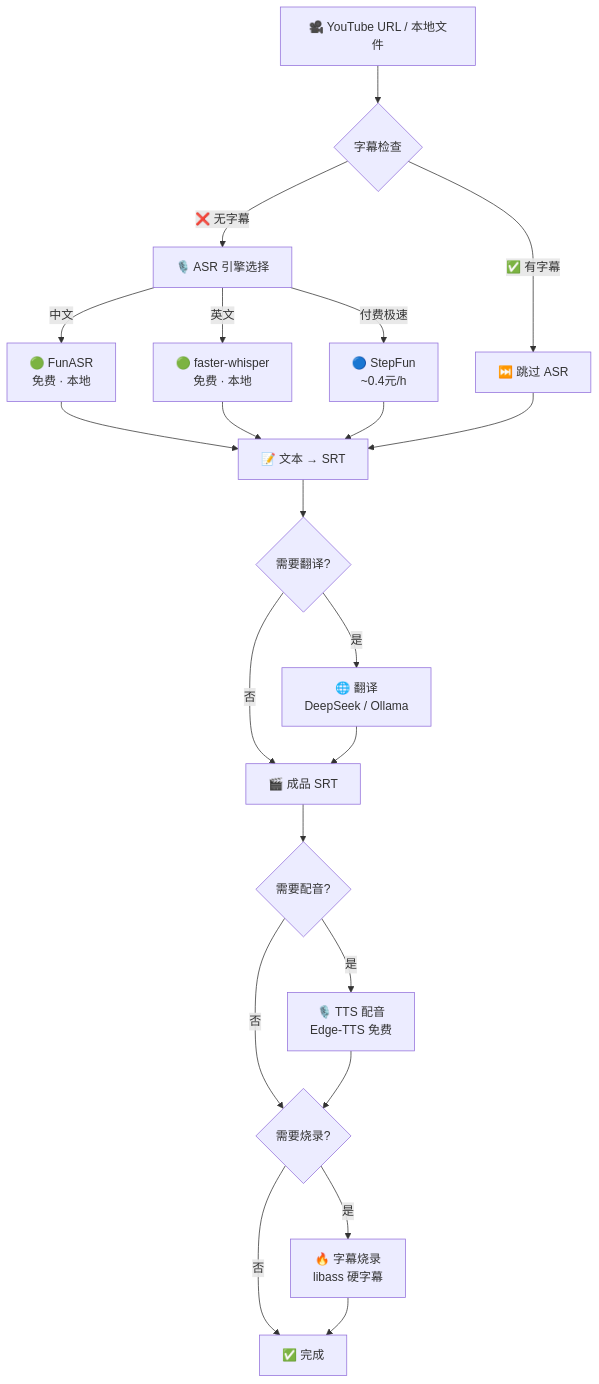
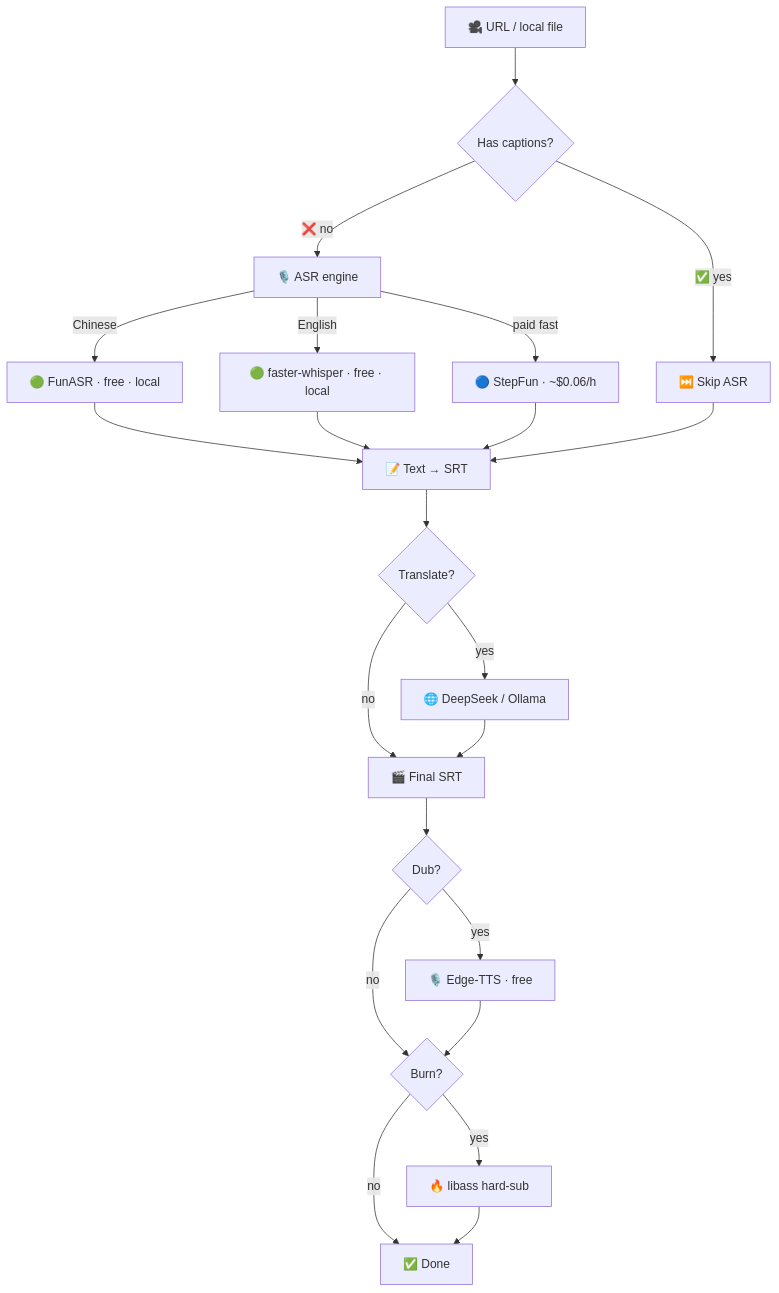
One commit to hanshaoyuyehanshaoyuye/everyones-video changed the second of 2 diagrams in README.md. Above: the diagram before and after it, drawn with Mermaid. The commit also changed other lines of this file, not shown here.

First line of the commit message:
docs: bilingual README — English first for global discoverability

````diff
--- a/README.md
+++ b/README.md
@@ -182,22 +146,22 @@
 ```mermaid
 flowchart TD
-    A[🎥 YouTube URL / 本地文件] --> B{字幕检查}
-    B -->|✅ 有字幕| D[⏭️ 跳过 ASR]
-    B -->|❌ 无字幕| C[🎙️ ASR 引擎选择]
-    C -->|中文| C1[🟢 FunASR<br/>免费 · 本地]
-    C -->|英文| C2[🟢 faster-whisper<br/>免费 · 本地]
-    C -->|付费极速| C3[🔵 StepFun<br/>~0.4元/h]
-    C1 & C2 & C3 --> E[📝 文本 → SRT]
+    A[🎥 URL / local file] --> B{Has captions?}
+    B -->|✅ yes| D[⏭️ Skip ASR]
+    B -->|❌ no| C[🎙️ ASR engine]
+    C -->|Chinese| C1[🟢 FunASR · free · local]
+    C -->|English| C2[🟢 faster-whisper · free · local]
+    C -->|paid fast| C3[🔵 StepFun · ~$0.06/h]
+    C1 & C2 & C3 --> E[📝 Text → SRT]
     D --> E
-    E --> F{需要翻译?}
-    F -->|是| G[🌐 翻译<br/>DeepSeek / Ollama]
-    F -->|否| H[🎬 成品 SRT]
+    E --> F{Translate?}
+    F -->|yes| G[🌐 DeepSeek / Ollama]
+    F -->|no| H[🎬 Final SRT]
     G --> H
-    H --> I{需要配音?}
-    I -->|是| J[🎙️ TTS 配音<br/>Edge-TTS 免费]
-    I -->|否| K{需要烧录?}
+    H --> I{Dub?}
+    I -->|yes| J[🎙️ Edge-TTS · free]
+    I -->|no| K{Burn?}
     J --> K
-    K -->|是| L[🔥 字幕烧录<br/>libass 硬字幕]
-    K -->|否| M[✅ 完成]
+    K -->|yes| L[🔥 libass hard-sub]
+    K -->|no| M[✅ Done]
     L --> M
 ```
````
